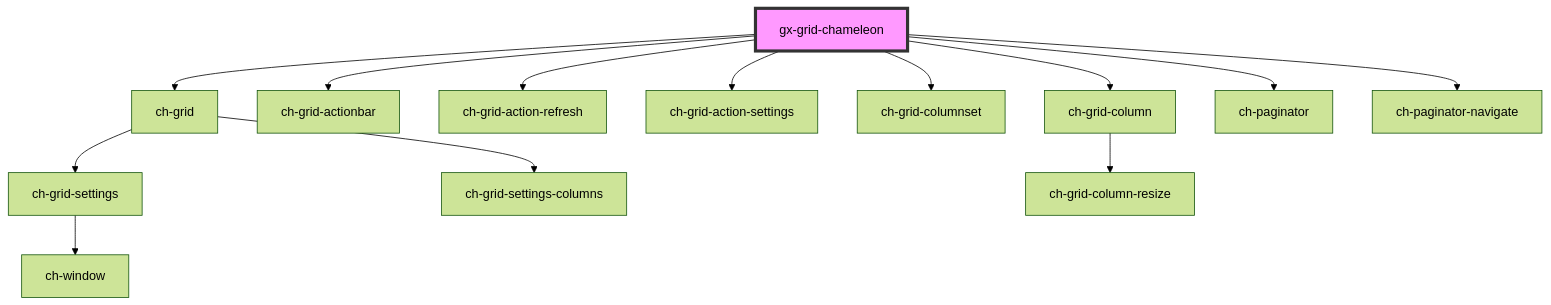
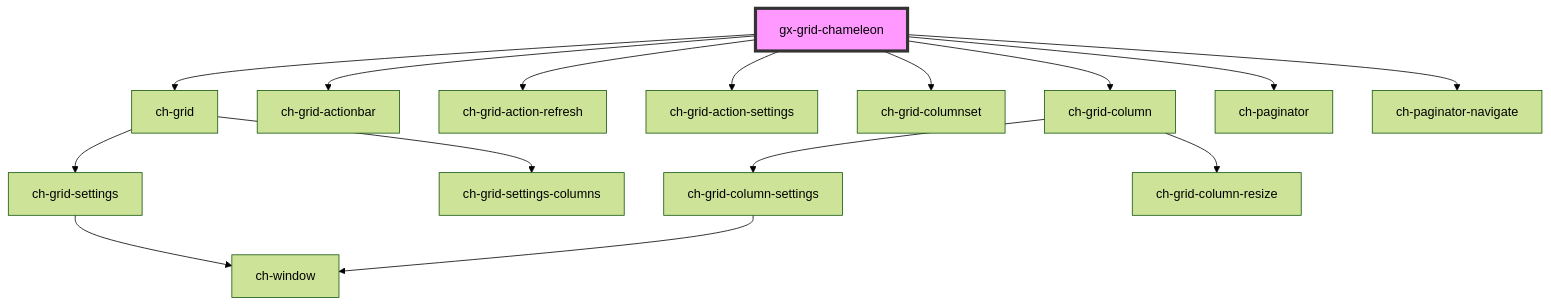
One commit to genexuslabs/chameleon-controls-library changed the diagram in src/components/gx-grid/readme.md. Above: the diagram before and after it, drawn with Mermaid (forest theme). The commit also changed 4 other files, not shown here.

````diff
--- a/src/components/gx-grid/readme.md
+++ b/src/components/gx-grid/readme.md
@@ -28,16 +28,18 @@
 ```mermaid
 graph TD;
   gx-grid-chameleon --> ch-grid
   gx-grid-chameleon --> ch-grid-actionbar
   gx-grid-chameleon --> ch-grid-action-refresh
   gx-grid-chameleon --> ch-grid-action-settings
   gx-grid-chameleon --> ch-grid-columnset
   gx-grid-chameleon --> ch-grid-column
   gx-grid-chameleon --> ch-paginator
   gx-grid-chameleon --> ch-paginator-navigate
   ch-grid --> ch-grid-settings
   ch-grid --> ch-grid-settings-columns
   ch-grid-settings --> ch-window
+  ch-grid-column --> ch-grid-column-settings
   ch-grid-column --> ch-grid-column-resize
+  ch-grid-column-settings --> ch-window
   style gx-grid-chameleon fill:#f9f,stroke:#333,stroke-width:4px
 ```
````
